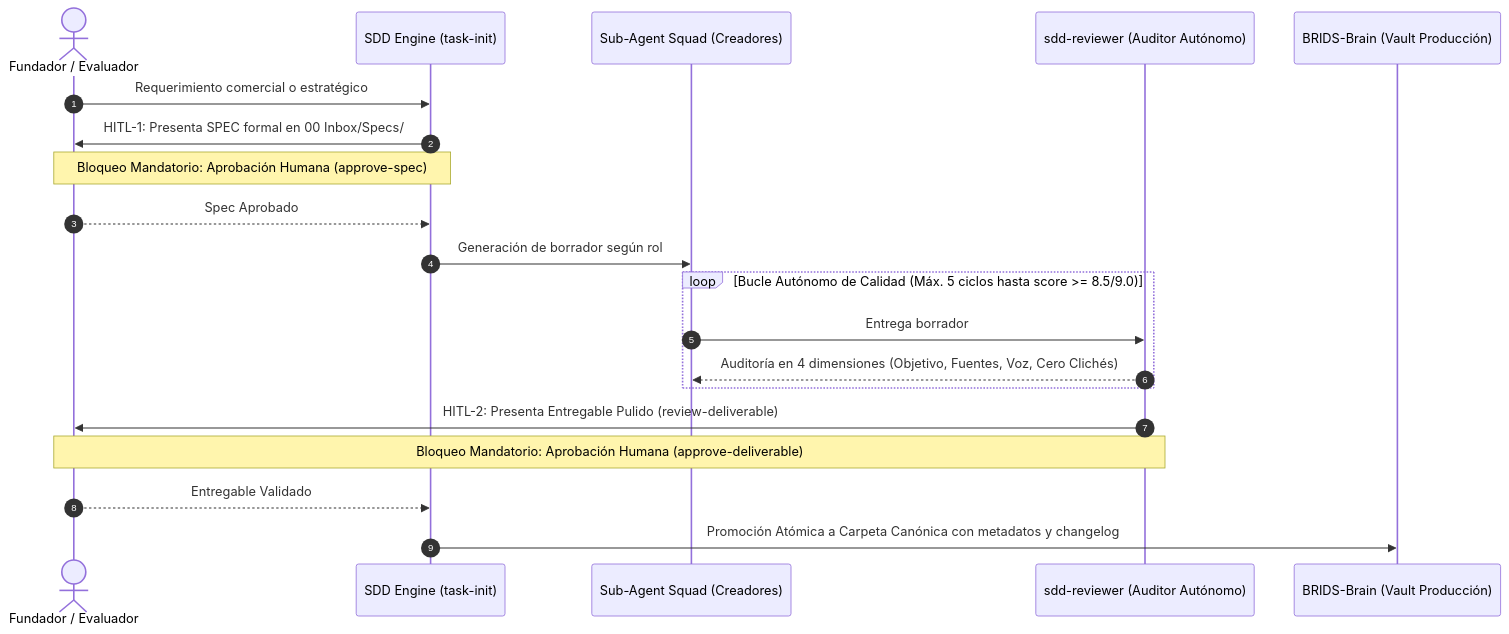
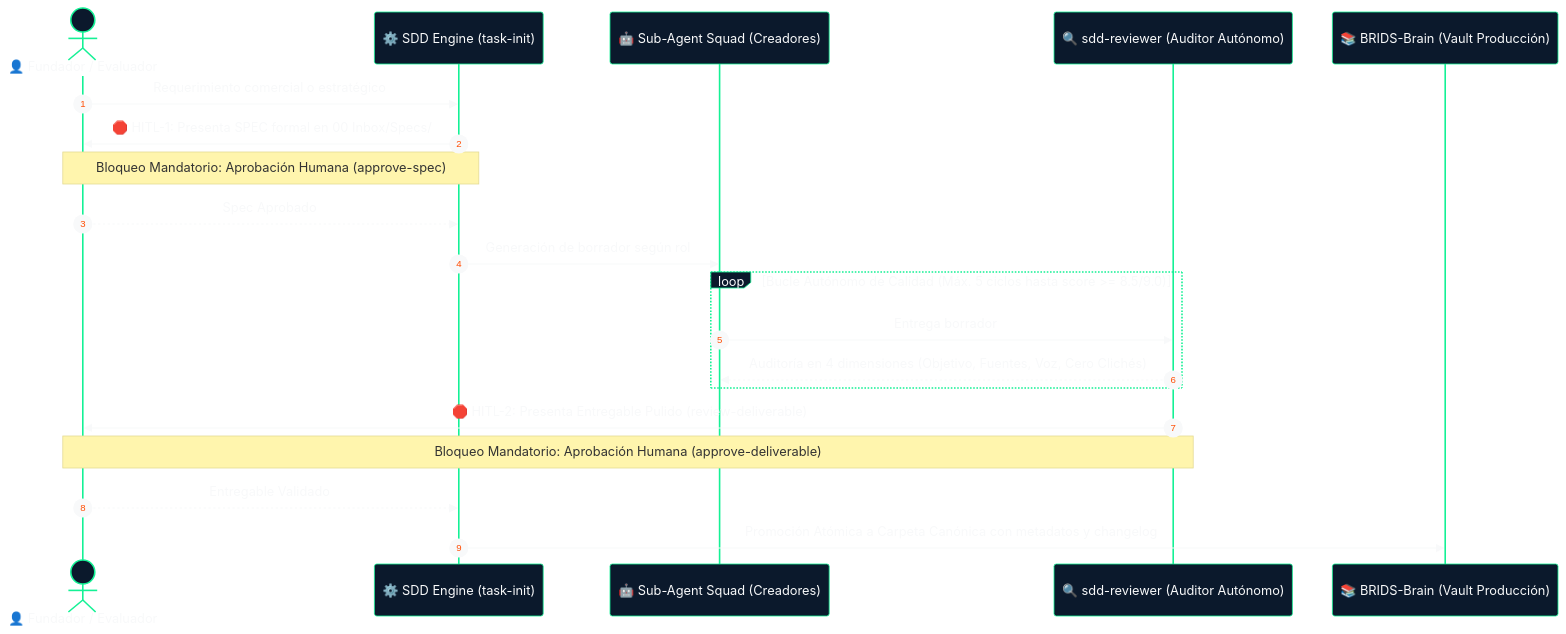
The second of 2 diagrams in README.md (jeisonsosablockdev/BRIDS-KNOWLEDGE-FORT), drawn with Mermaid before and after one commit. The commit also changed other lines of this file, not shown here.

First line of the commit message:
style(readme): enhance visual presentation with responsive brand logo, palette badges, and themed diagrams

````diff
--- a/README.md
+++ b/README.md
@@ -136,23 +175,24 @@
 ```mermaid
+%%{init: {'theme': 'base', 'themeVariables': { 'primaryColor': '#0B192C', 'primaryTextColor': '#F8F9FA', 'primaryBorderColor': '#14F195', 'lineColor': '#00B0F9', 'secondaryColor': '#1E293B', 'tertiaryColor': '#0F172A', 'fontSize': '14px'}}}%%
 sequenceDiagram
     autonumber
-    actor Founder as Fundador / Evaluador
-    participant Engine as SDD Engine (task-init)
-    participant Squad as Sub-Agent Squad (Creadores)
-    participant Reviewer as sdd-reviewer (Auditor Autónomo)
-    participant Vault as BRIDS-Brain (Vault Producción)
+    actor Founder as 👤 Fundador / Evaluador
+    participant Engine as ⚙️ SDD Engine (task-init)
+    participant Squad as 🤖 Sub-Agent Squad (Creadores)
+    participant Reviewer as 🔍 sdd-reviewer (Auditor Autónomo)
+    participant Vault as 📚 BRIDS-Brain (Vault Producción)
 
     Founder->>Engine: Requerimiento comercial o estratégico
-    Engine->>Founder: HITL-1: Presenta SPEC formal en 00 Inbox/Specs/
+    Engine->>Founder: 🛑 HITL-1: Presenta SPEC formal en 00 Inbox/Specs/
     Note over Founder,Engine: Bloqueo Mandatorio: Aprobación Humana (approve-spec)
     Founder-->>Engine: Spec Aprobado
     Engine->>Squad: Generación de borrador según rol
     loop Bucle Autónomo de Calidad (Máx. 5 ciclos hasta score >= 8.5/9.0)
         Squad->>Reviewer: Entrega borrador
         Reviewer-->>Squad: Auditoría en 4 dimensiones (Objetivo, Fuentes, Voz, Cero Clichés)
     end
-    Reviewer->>Founder: HITL-2: Presenta Entregable Pulido (review-deliverable)
+    Reviewer->>Founder: 🛑 HITL-2: Presenta Entregable Pulido (review-deliverable)
     Note over Founder,Reviewer: Bloqueo Mandatorio: Aprobación Humana (approve-deliverable)
     Founder-->>Engine: Entregable Validado
     Engine->>Vault: Promoción Atómica a Carpeta Canónica con metadatos y changelog
 ```
````
